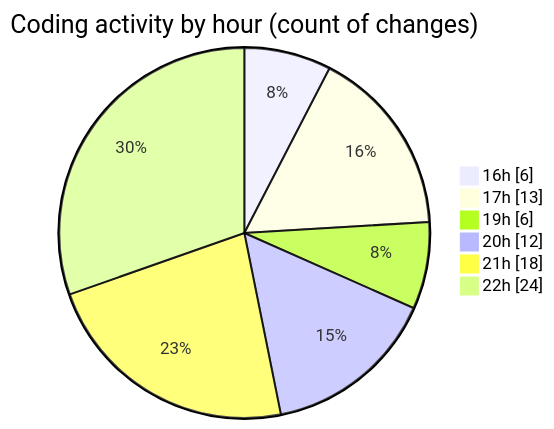
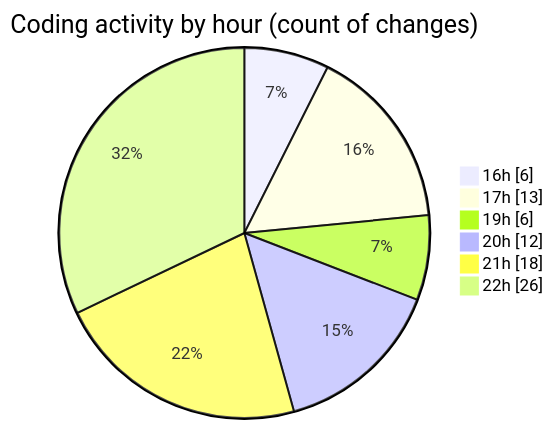
One commit to idhammustaqopulfikri/code-tracking changed the second of 2 diagrams in 2025-06-22/studio-backend/README.md. Above: the diagram before and after it, drawn with Mermaid. The commit also changed other lines of this file and 1 other file, not shown here.

````diff
--- a/2025-06-22/studio-backend/README.md
+++ b/2025-06-22/studio-backend/README.md
@@ -39,10 +39,10 @@
 ```mermaid
 pie showData
 title Coding activity by hour (count of changes)
 "16h" : 6
 "17h" : 13
 "19h" : 6
 "20h" : 12
 "21h" : 18
-"22h" : 24
+"22h" : 26
 ```
````
